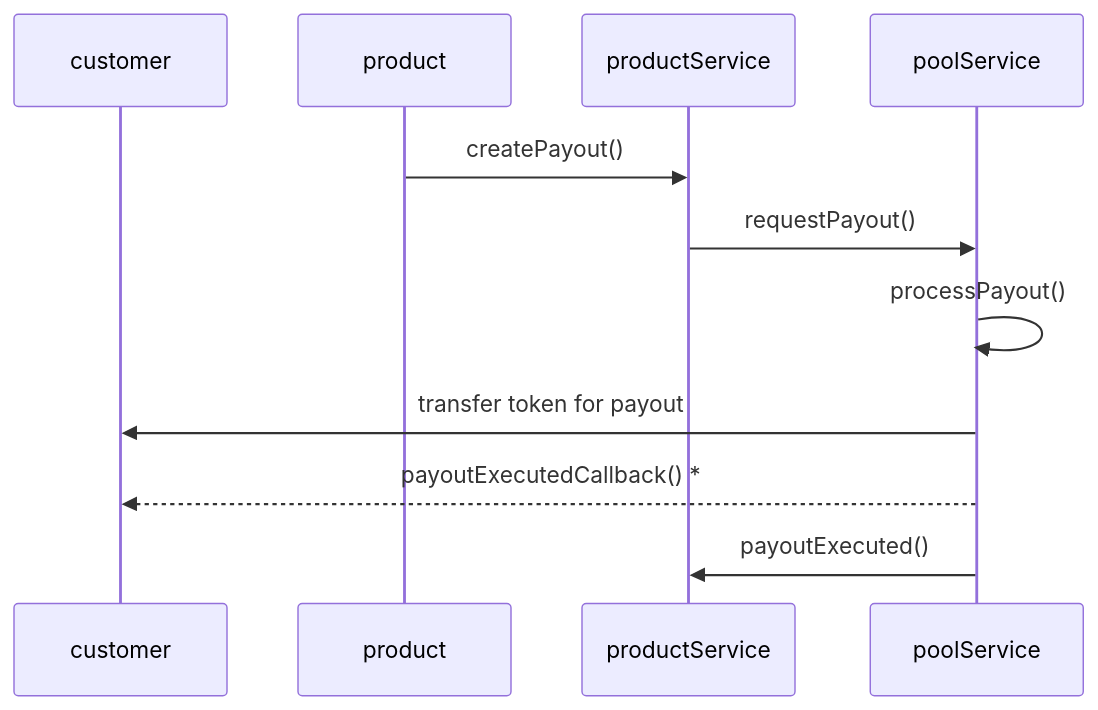
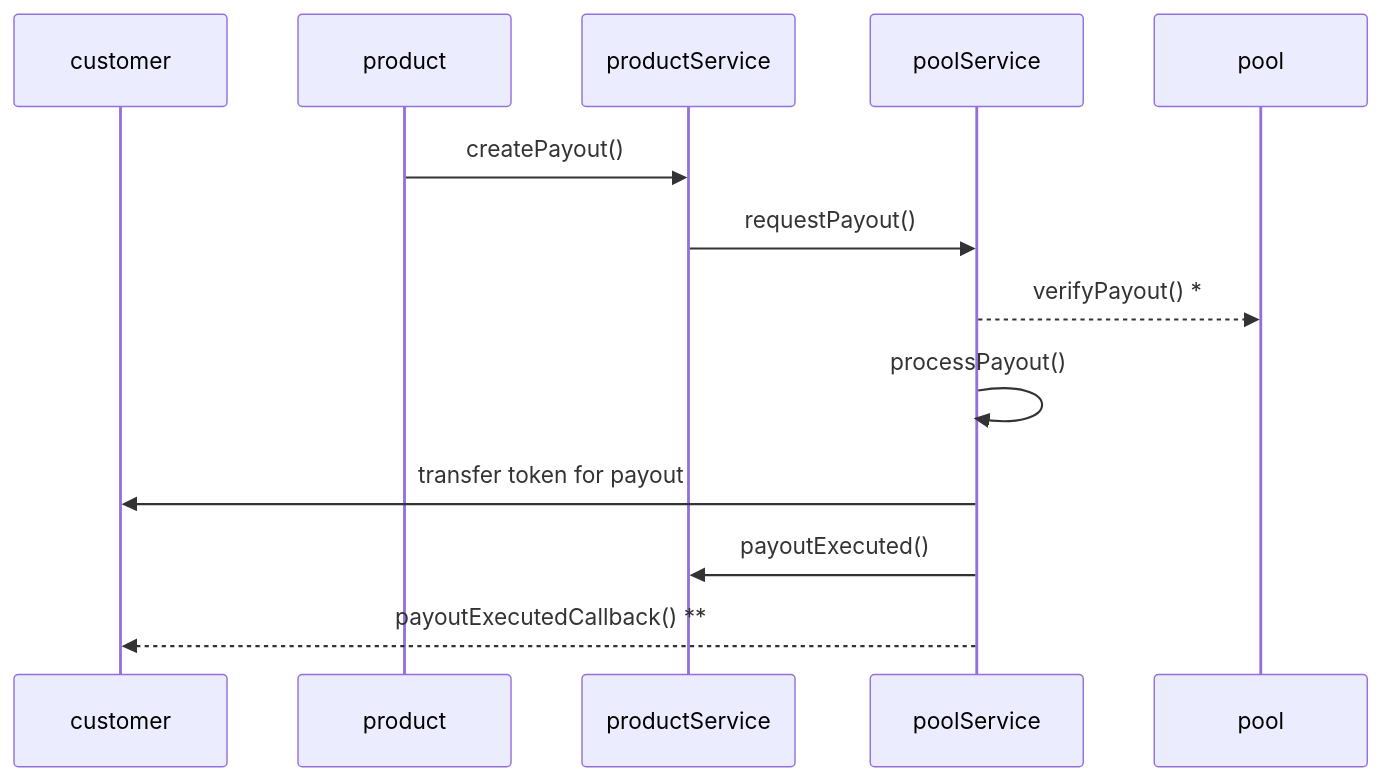
Before and after one commit to etherisc/gif-next: the second of 3 diagrams in README.md, drawn with Mermaid. The commit also changed other lines of this file, not shown here.

Commit message:
Add pool participant and modify payout call flow

````diff
--- a/README.md
+++ b/README.md
@@ -419,13 +419,15 @@
 ```mermaid
 sequenceDiagram
   participant customer
   participant product
   participant productService
   participant poolService
+  participant pool
   product->>productService: createPayout()
   productService ->> poolService: requestPayout()
+  poolService -->> pool: verifyPayout() *
   poolService ->> poolService: processPayout()
   poolService ->> customer: transfer token for payout
-  poolService -->> customer: payoutExecutedCallback() *
   poolService ->> productService: payoutExecuted()
+  poolService -->> customer: payoutExecutedCallback() **
 ```
````
